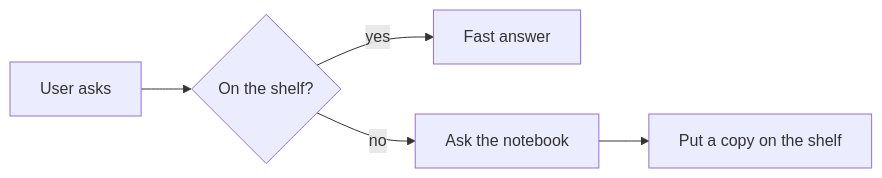
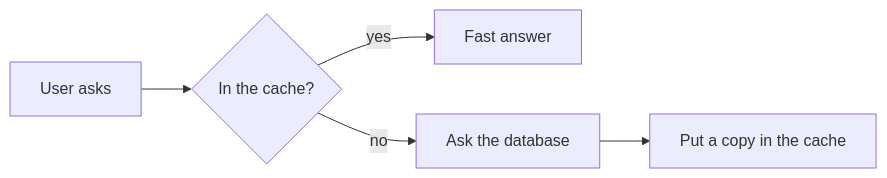
The second of 3 diagrams in _posts/2026-09-24-system-design-patterns-lunch-tray.md (vijaykumarjob0701/theintelliwise), drawn with Mermaid before and after one commit. The commit also changed other lines of this file and 6 other files, not shown here.

````diff
--- a/_posts/2026-09-24-system-design-patterns-lunch-tray.md
+++ b/_posts/2026-09-24-system-design-patterns-lunch-tray.md
@@ -45,7 +43,7 @@
 ```mermaid
 flowchart LR
-  U[User asks] --> C{On the shelf?}
+  U[User asks] --> C{In the cache?}
   C -->|yes| F[Fast answer]
-  C -->|no| D[Ask the notebook]
-  D --> C2[Put a copy on the shelf]
+  C -->|no| D[Ask the database]
+  D --> C2[Put a copy in the cache]
 ```
````
